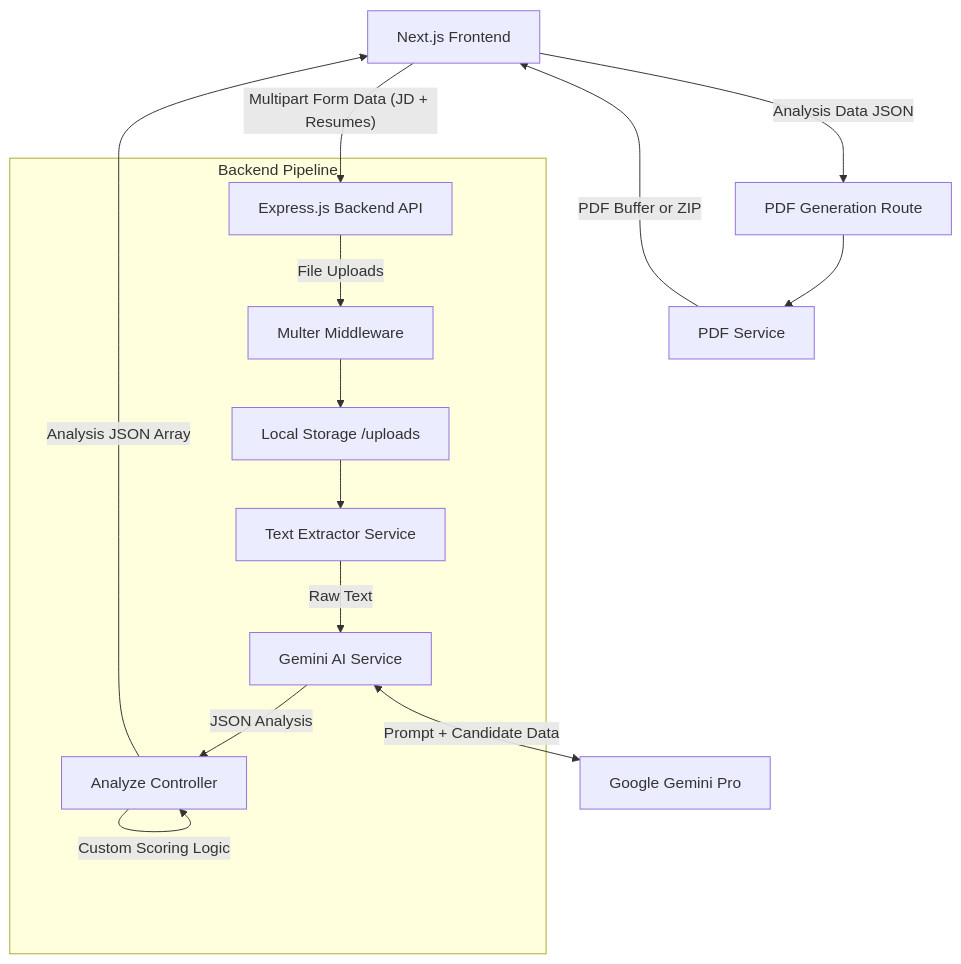
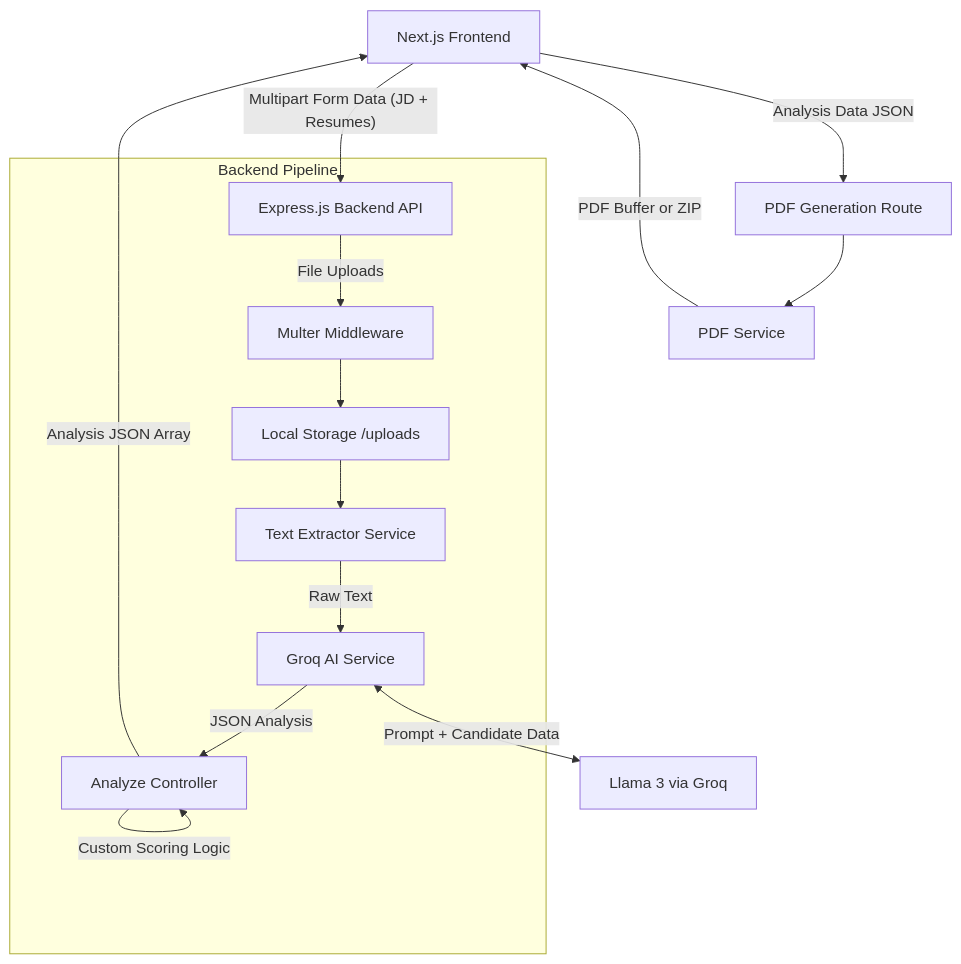
One commit to Saravanan2005real/AI-Powered-Resume-JD-analyzer changed the diagram in design.md. Above: the diagram before and after it, drawn with Mermaid. The commit also changed other lines of this file and 1 other file, not shown here.

Commit message:
Update docs to reflect Groq migration

````diff
--- a/design.md
+++ b/design.md
@@ -7,21 +7,21 @@
 ```mermaid
 graph TD
     Client["Next.js Frontend"] -->|"Multipart Form Data (JD + Resumes)"| API["Express.js Backend API"]
     
     subgraph Backend Pipeline
         API -->|"File Uploads"| Multer["Multer Middleware"]
         Multer --> Storage["Local Storage /uploads"]
         Storage --> TextExt["Text Extractor Service"]
-        TextExt -->|"Raw Text"| Gemini["Gemini AI Service"]
-        Gemini -->|"JSON Analysis"| Controller["Analyze Controller"]
+        TextExt -->|"Raw Text"| Groq["Groq AI Service"]
+        Groq -->|"JSON Analysis"| Controller["Analyze Controller"]
         Controller -->|"Custom Scoring Logic"| Controller
     end
     
-    Gemini <-->|"Prompt + Candidate Data"| LLM["Google Gemini Pro"]
+    Groq <-->|"Prompt + Candidate Data"| LLM["Llama 3 via Groq"]
     
     Controller -->|"Analysis JSON Array"| Client
     
     Client -->|"Analysis Data JSON"| PDFRoute["PDF Generation Route"]
     PDFRoute --> PDFService["PDF Service"]
     PDFService -->|"PDF Buffer or ZIP"| Client
 ```
````
